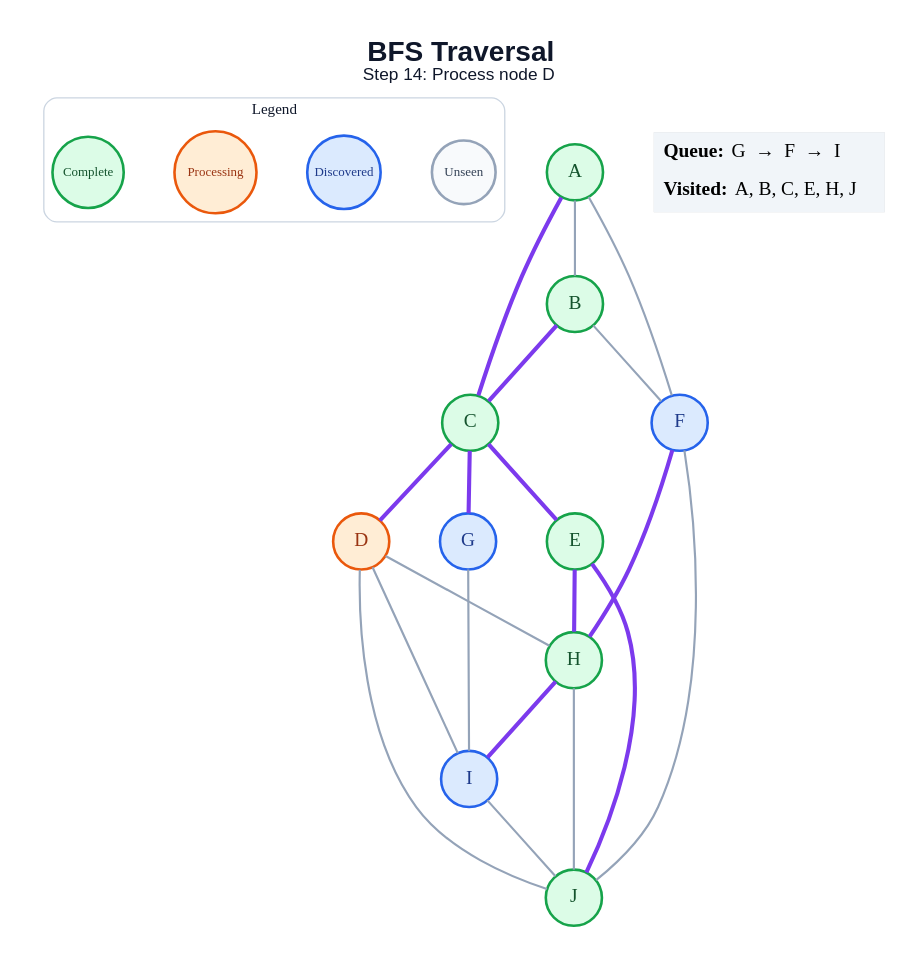
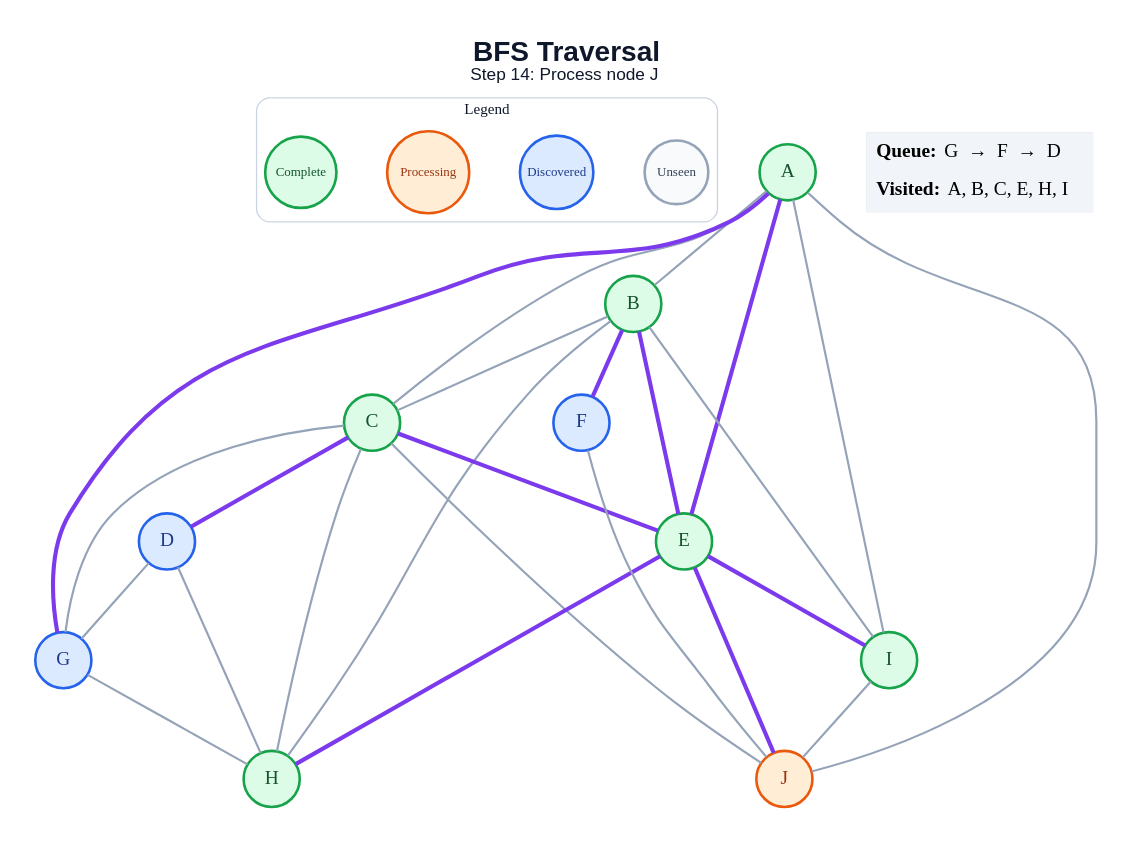
Before and after one commit to amanghodawala9/ai-slop: the diagram in generated/specific-node/bfs/step_14.dot, drawn with Graphviz. The commit also changed 178 other files, not shown here.

```diff
--- a/generated/specific-node/bfs/step_14.dot
+++ b/generated/specific-node/bfs/step_14.dot
@@ -1,48 +1,53 @@
 graph traversal {
   graph [layout=dot, rankdir=TB, bgcolor="#FFFFFF", pad="0.35", nodesep="0.65", ranksep="0.8", fontname="Arial"];
   node [shape=circle, style="filled", fontname="Arial Bold", fontsize=18, width=0.72, fixedsize=true, penwidth=2.4];
   edge [color="#94A3B8", penwidth=2.0];
-  label=<<B>BFS Traversal</B><BR/><FONT POINT-SIZE="16">Step 14: Process node D</FONT>>; labelloc="t"; fontsize=26; fontname="Arial"; fontcolor="#0F172A";
+  label=<<B>BFS Traversal</B><BR/><FONT POINT-SIZE="16">Step 14: Process node J</FONT>>; labelloc="t"; fontsize=26; fontname="Arial"; fontcolor="#0F172A";
   subgraph cluster_legend { label="Legend"; color="#CBD5E1"; penwidth=1.2; style="rounded"; fontsize=14; fontname="Arial Bold";
     key_unseen [label="Unseen", fillcolor="#F8FAFC", color="#94A3B8", fontcolor="#334155", fontsize=12, width=0.82];
     key_frontier [label="Discovered", fillcolor="#DBEAFE", color="#2563EB", fontcolor="#1E3A8A", fontsize=12, width=0.95];
     key_current [label="Processing", fillcolor="#FFEDD5", color="#EA580C", fontcolor="#9A3412", fontsize=12, width=1.05];
     key_done [label="Complete", fillcolor="#DCFCE7", color="#16A34A", fontcolor="#14532D", fontsize=12, width=0.92];
     { rank=same; key_unseen; key_frontier; key_current; key_done; }
   }
   A [fillcolor="#DCFCE7", color="#16A34A", fontcolor="#14532D"];
   B [fillcolor="#DCFCE7", color="#16A34A", fontcolor="#14532D"];
   C [fillcolor="#DCFCE7", color="#16A34A", fontcolor="#14532D"];
-  D [fillcolor="#FFEDD5", color="#EA580C", fontcolor="#9A3412"];
+  D [fillcolor="#DBEAFE", color="#2563EB", fontcolor="#1E3A8A"];
   E [fillcolor="#DCFCE7", color="#16A34A", fontcolor="#14532D"];
   F [fillcolor="#DBEAFE", color="#2563EB", fontcolor="#1E3A8A"];
   G [fillcolor="#DBEAFE", color="#2563EB", fontcolor="#1E3A8A"];
   H [fillcolor="#DCFCE7", color="#16A34A", fontcolor="#14532D"];
-  I [fillcolor="#DBEAFE", color="#2563EB", fontcolor="#1E3A8A"];
-  J [fillcolor="#DCFCE7", color="#16A34A", fontcolor="#14532D"];
+  I [fillcolor="#DCFCE7", color="#16A34A", fontcolor="#14532D"];
+  J [fillcolor="#FFEDD5", color="#EA580C", fontcolor="#9A3412"];
   A -- B;
-  A -- C [color="#7C3AED", penwidth=3.8];
-  A -- F;
-  B -- C [color="#7C3AED", penwidth=3.8];
-  B -- F;
+  A -- C;
+  A -- E [color="#7C3AED", penwidth=3.8];
+  A -- G [color="#7C3AED", penwidth=3.8];
+  A -- I;
+  A -- J;
+  B -- C;
+  B -- E [color="#7C3AED", penwidth=3.8];
+  B -- F [color="#7C3AED", penwidth=3.8];
+  B -- H;
+  B -- I;
   C -- D [color="#7C3AED", penwidth=3.8];
   C -- E [color="#7C3AED", penwidth=3.8];
-  C -- G [color="#7C3AED", penwidth=3.8];
+  C -- G;
+  C -- H;
+  C -- J;
+  D -- G;
   D -- H;
-  D -- I;
-  D -- J;
   E -- H [color="#7C3AED", penwidth=3.8];
+  E -- I [color="#7C3AED", penwidth=3.8];
   E -- J [color="#7C3AED", penwidth=3.8];
-  F -- H [color="#7C3AED", penwidth=3.8];
   F -- J;
-  G -- I;
-  H -- I [color="#7C3AED", penwidth=3.8];
-  H -- J;
+  G -- H;
   I -- J;
   status [shape=plain, fixedsize=false, width=0, height=0, margin=0, label=<
     <TABLE BORDER="0" CELLBORDER="0" CELLPADDING="7" BGCOLOR="#F1F5F9">
-      <TR><TD ALIGN="LEFT"><B>Queue:</B> G  →  F  →  I</TD></TR>
-      <TR><TD ALIGN="LEFT"><B>Visited:</B> A, B, C, E, H, J</TD></TR>
+      <TR><TD ALIGN="LEFT"><B>Queue:</B> G  →  F  →  D</TD></TR>
+      <TR><TD ALIGN="LEFT"><B>Visited:</B> A, B, C, E, H, I</TD></TR>
     </TABLE>
   >];
 }
```
